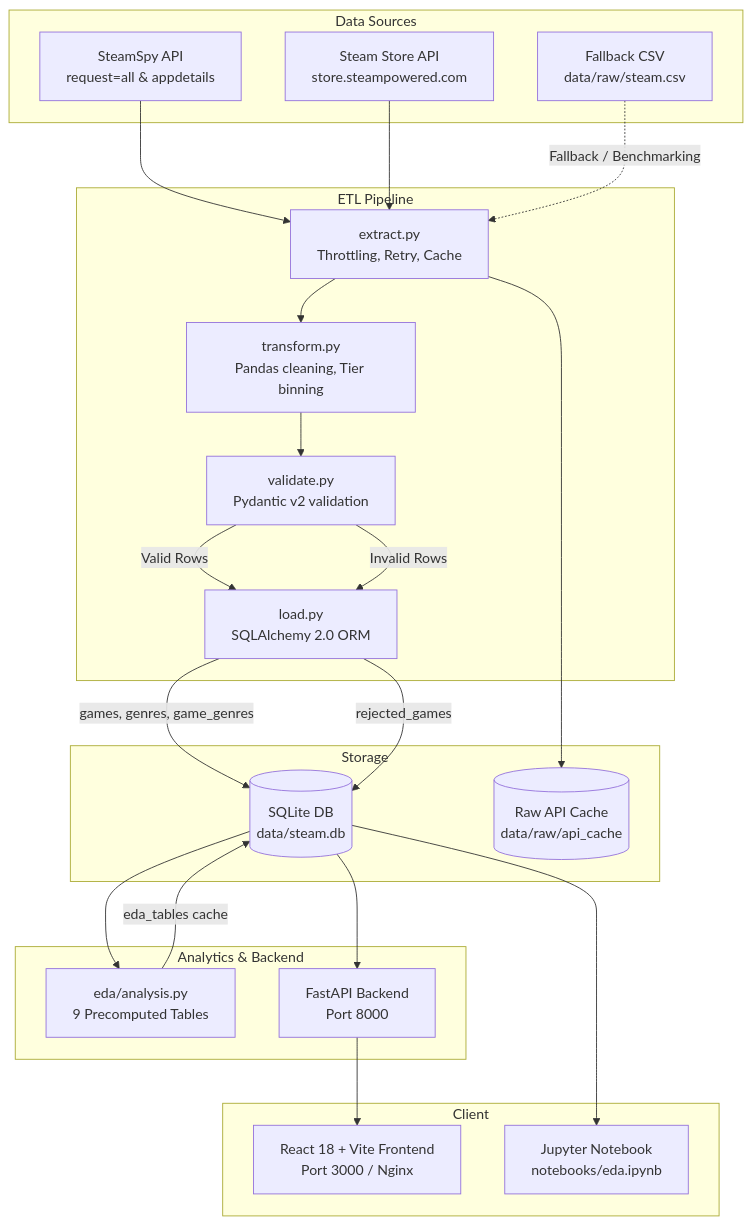
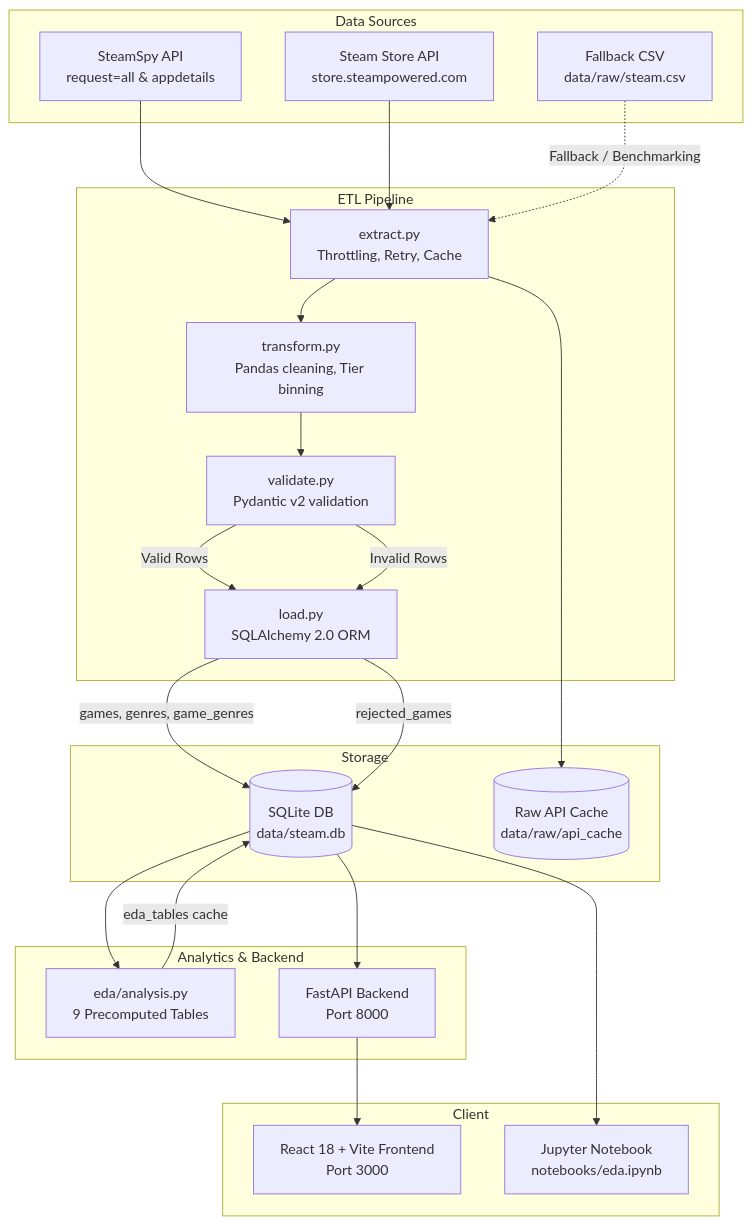
The diagram in README.md (mariabutt-4444/steam-game), drawn with Mermaid before and after one commit. The commit also changed other lines of this file and 17 other files, not shown here.

````diff
--- a/README.md
+++ b/README.md
@@ -20,46 +20,46 @@
 ```mermaid
 flowchart TD
     subgraph Data Sources
         API1[SteamSpy API\nrequest=all & appdetails]
         API2[Steam Store API\nstore.steampowered.com]
         CSV[Fallback CSV\ndata/raw/steam.csv]
     end
 
     subgraph ETL Pipeline
         EXT[extract.py\nThrottling, Retry, Cache]
         TRANS[transform.py\nPandas cleaning, Tier binning]
         VAL[validate.py\nPydantic v2 validation]
         LOAD[load.py\nSQLAlchemy 2.0 ORM]
     end
 
     subgraph Storage
         DB[(SQLite DB\ndata/steam.db)]
         CACHE[(Raw API Cache\ndata/raw/api_cache)]
     end
 
     subgraph Analytics & Backend
         EDA[eda/analysis.py\n9 Precomputed Tables]
         API[FastAPI Backend\nPort 8000]
     end
 
     subgraph Client
-        UI[React 18 + Vite Frontend\nPort 3000 / Nginx]
+        UI[React 18 + Vite Frontend\nPort 3000]
         NB[Jupyter Notebook\nnotebooks/eda.ipynb]
     end
 
     API1 --> EXT
     API2 --> EXT
     CSV -.->|Fallback / Benchmarking| EXT
     EXT --> CACHE
     EXT --> TRANS
     TRANS --> VAL
     VAL -->|Valid Rows| LOAD
     VAL -->|Invalid Rows| LOAD
     LOAD -->|games, genres, game_genres| DB
     LOAD -->|rejected_games| DB
     DB --> EDA
     EDA -->|eda_tables cache| DB
     DB --> API
     API --> UI
     DB --> NB
 ```
````
